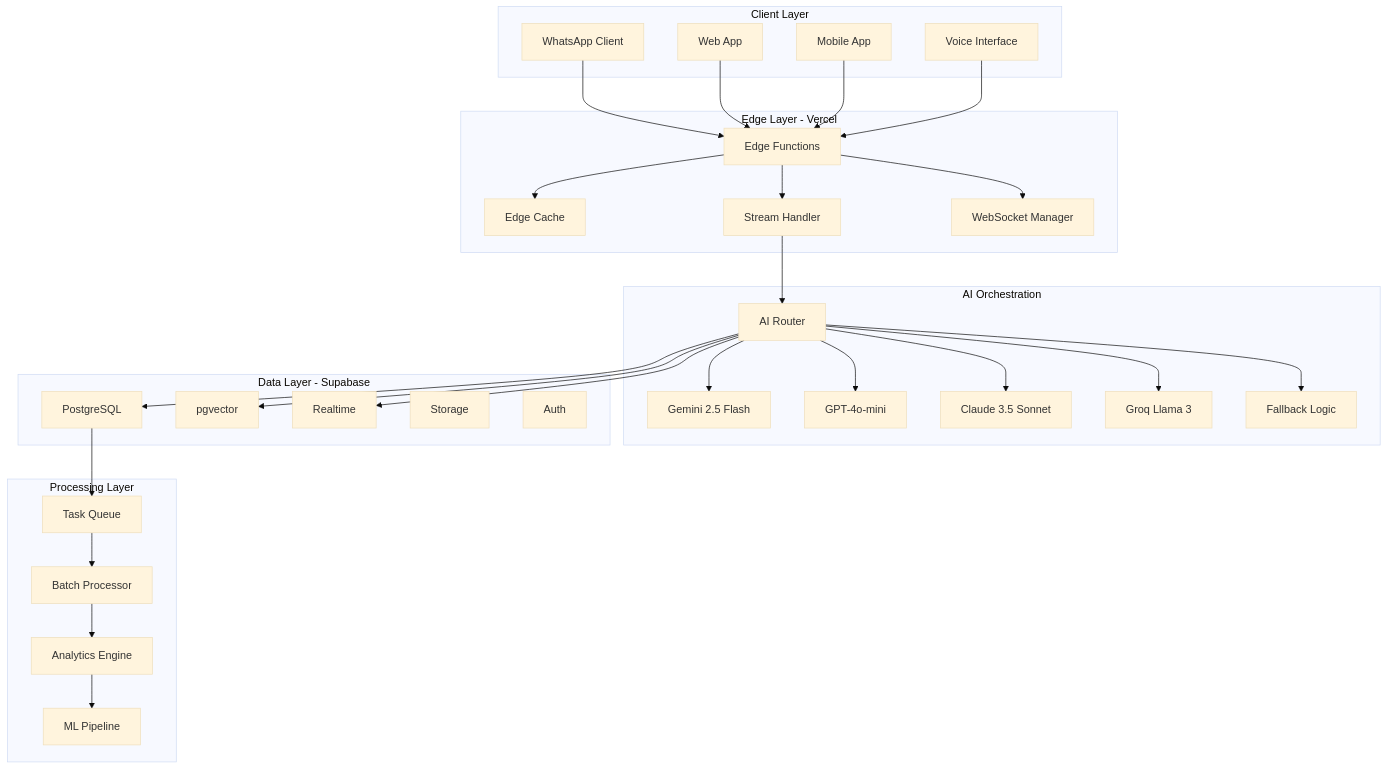
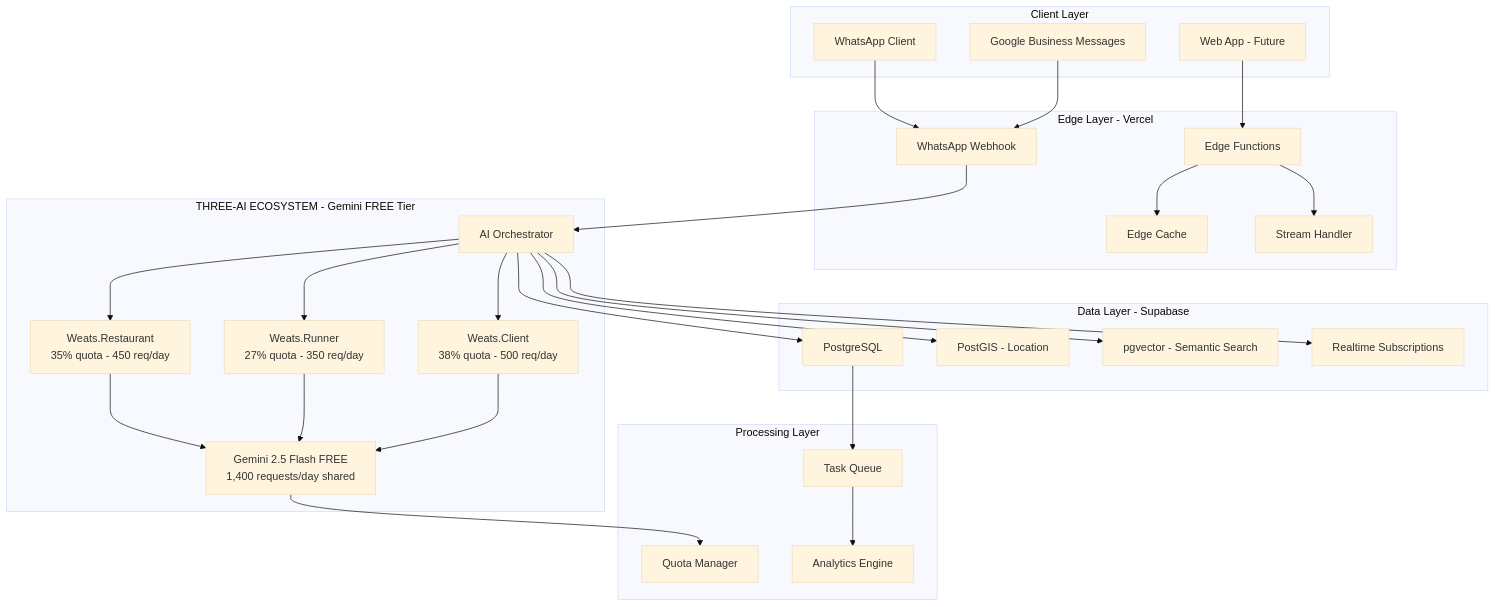
The first of 2 diagrams in docs/weats/ai-technical-architecture.md (neeroai/weats), drawn with Mermaid (base theme) before and after one commit. The commit also changed other lines of this file and 121 other files, not shown here.

First line of the commit message:
refactor: complete Weats.ai rebrand and architecture update

````diff
--- a/docs/weats/ai-technical-architecture.md
+++ b/docs/weats/ai-technical-architecture.md
@@ -37,65 +38,62 @@
 ```mermaid
 graph TB
     subgraph "Client Layer"
         WA[WhatsApp Client]
-        WEB[Web App]
-        MOBILE[Mobile App]
-        VOICE[Voice Interface]
+        RCS[Google Business Messages]
+        WEB[Web App - Future]
     end
 
     subgraph "Edge Layer - Vercel"
         EF[Edge Functions]
+        WEBHOOK[WhatsApp Webhook]
         CACHE[Edge Cache]
         STREAM[Stream Handler]
-        WS[WebSocket Manager]
     end
 
-    subgraph "AI Orchestration"
-        ROUTER[AI Router]
-        GEMINI[Gemini 2.5 Flash]
-        GPT[GPT-4o-mini]
-        CLAUDE[Claude 3.5 Sonnet]
-        GROQ[Groq Llama 3]
-        FALLBACK[Fallback Logic]
+    subgraph "THREE-AI ECOSYSTEM - Gemini FREE Tier"
+        ORCHESTRATOR[AI Orchestrator]
+        RESTAURANT[Weats.Restaurant<br/>35% quota - 450 req/day]
+        RUNNER[Weats.Runner<br/>27% quota - 350 req/day]
+        CLIENT[Weats.Client<br/>38% quota - 500 req/day]
+        GEMINI[Gemini 2.5 Flash FREE<br/>1,400 requests/day shared]
     end
 
     subgraph "Data Layer - Supabase"
         PG[PostgreSQL]
-        VECTOR[pgvector]
-        REALTIME[Realtime]
-        STORAGE[Storage]
-        AUTH[Auth]
+        POSTGIS[PostGIS - Location]
+        VECTOR[pgvector - Semantic Search]
+        REALTIME[Realtime Subscriptions]
     end
 
     subgraph "Processing Layer"
         QUEUE[Task Queue]
-        BATCH[Batch Processor]
+        QUOTA[Quota Manager]
         ANALYTICS[Analytics Engine]
-        ML[ML Pipeline]
     end
 
-    WA --> EF
+    WA --> WEBHOOK
+    RCS --> WEBHOOK
     WEB --> EF
-    MOBILE --> EF
-    VOICE --> EF
 
+    WEBHOOK --> ORCHESTRATOR
     EF --> CACHE
     EF --> STREAM
-    EF --> WS
 
-    STREAM --> ROUTER
-    ROUTER --> GEMINI
-    ROUTER --> GPT
-    ROUTER --> CLAUDE
-    ROUTER --> GROQ
-    ROUTER --> FALLBACK
+    ORCHESTRATOR --> RESTAURANT
+    ORCHESTRATOR --> RUNNER
+    ORCHESTRATOR --> CLIENT
 
-    ROUTER --> PG
-    ROUTER --> VECTOR
-    ROUTER --> REALTIME
+    RESTAURANT --> GEMINI
+    RUNNER --> GEMINI
+    CLIENT --> GEMINI
+
+    GEMINI --> QUOTA
+
+    ORCHESTRATOR --> PG
+    ORCHESTRATOR --> POSTGIS
+    ORCHESTRATOR --> VECTOR
+    ORCHESTRATOR --> REALTIME
 
     PG --> QUEUE
-    QUEUE --> BATCH
-    BATCH --> ANALYTICS
-    ANALYTICS --> ML
+    QUEUE --> ANALYTICS
 ```
````
